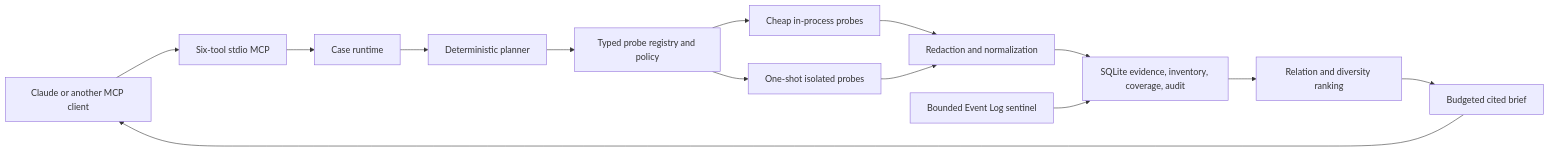
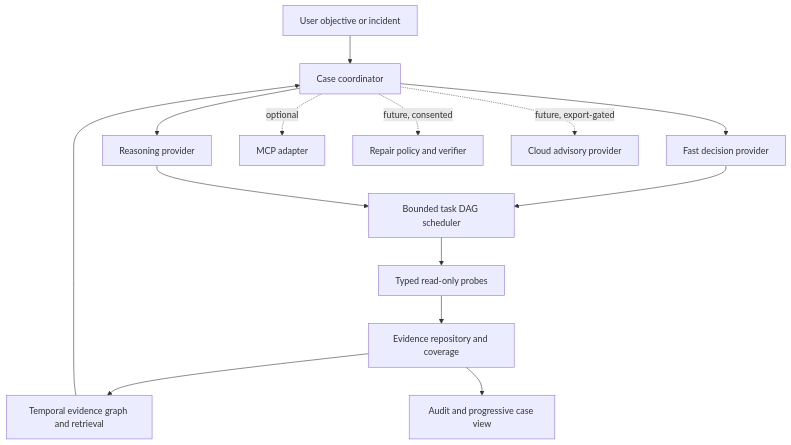
Before and after one commit to BeeJay805/SystemSense: the diagram in docs/architecture/overview.md, drawn with Mermaid. The commit also changed other lines of this file and 218 other files, not shown here.

````diff
--- a/docs/architecture/overview.md
+++ b/docs/architecture/overview.md
@@ -7,16 +8,16 @@
 ```mermaid
-flowchart LR
-    A["Claude or another MCP client"] --> B["Six-tool stdio MCP"]
-    B --> C["Case runtime"]
-    C --> D["Deterministic planner"]
-    D --> E["Typed probe registry and policy"]
-    E --> F["Cheap in-process probes"]
-    E --> G["One-shot isolated probes"]
-    F --> H["Redaction and normalization"]
-    G --> H
-    H --> I["SQLite evidence, inventory, coverage, audit"]
-    I --> J["Relation and diversity ranking"]
-    J --> K["Budgeted cited brief"]
-    K --> A
-    L["Bounded Event Log sentinel"] --> I
+flowchart TD
+    U[User objective or incident] --> C[Case coordinator]
+    C --> D[Fast decision provider]
+    C --> R[Reasoning provider]
+    D --> S[Bounded task DAG scheduler]
+    R --> S
+    S --> P[Typed read-only probes]
+    P --> E[Evidence repository and coverage]
+    E --> G[Temporal evidence graph and retrieval]
+    G --> C
+    E --> A[Audit and progressive case view]
+    C -. optional .-> M[MCP adapter]
+    C -. future, consented .-> X[Repair policy and verifier]
+    C -. future, export-gated .-> Q[Cloud advisory provider]
 ```
````
